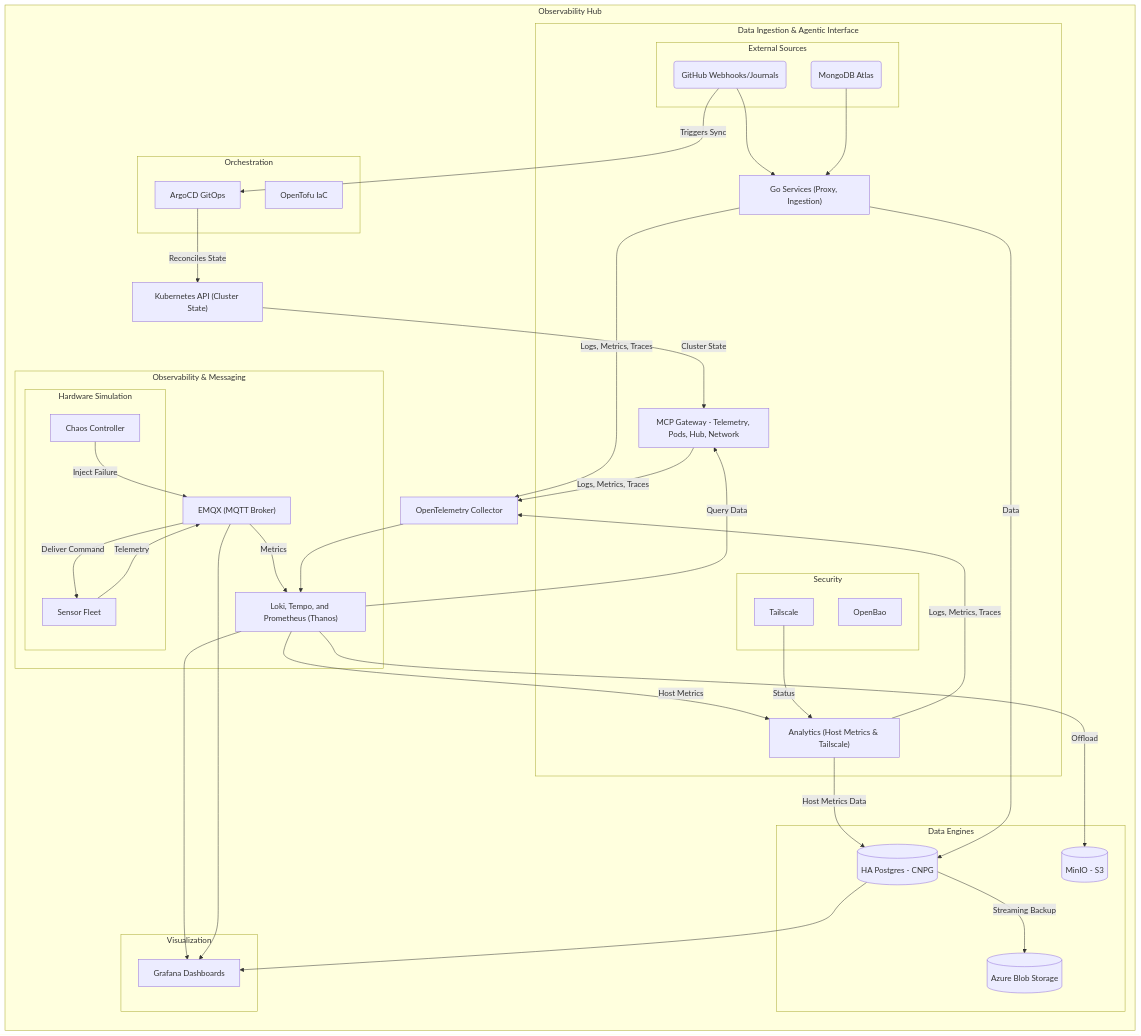
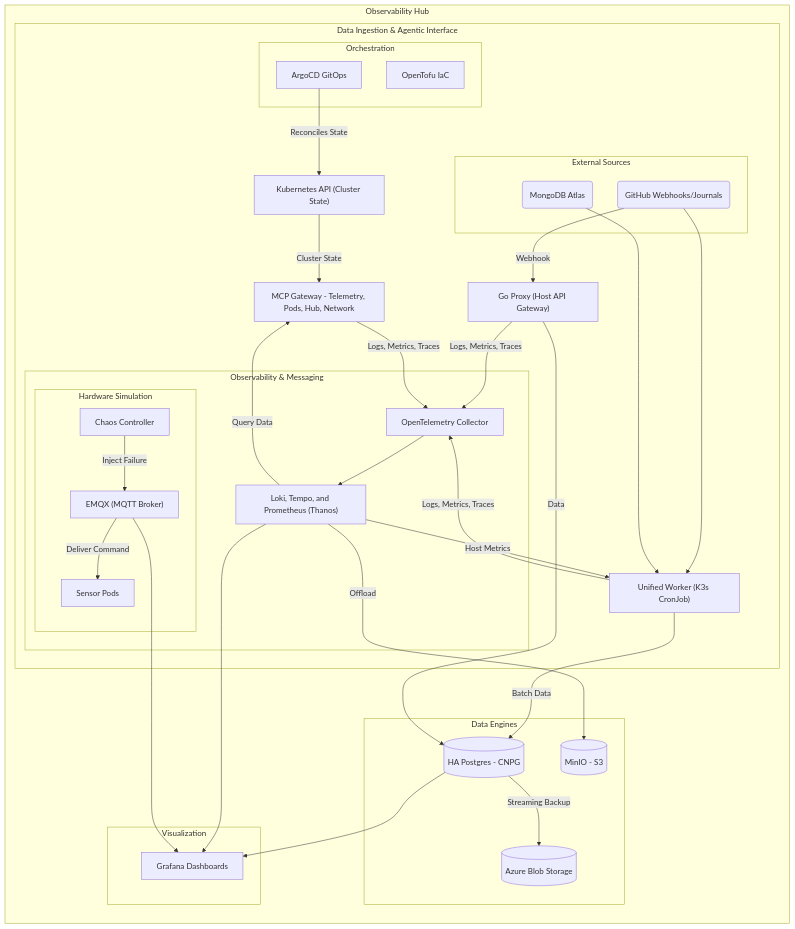
The diagram in README.md (victoriacheng15/observability-hub), drawn with Mermaid before and after one commit. The commit also changed other lines of this file and 17 other files, not shown here.

Commit message:
docs: synchronize platform architecture and guides with unified worker (#429)

```diff
--- a/README.md
+++ b/README.md
@@ -62,34 +62,28 @@
         direction TB
         subgraph Logic ["Data Ingestion & Agentic Interface"]
             subgraph External ["External Sources"]
+                Mongo(MongoDB Atlas)
                 GH(GitHub Webhooks/Journals)
-                Mongo(MongoDB Atlas)
             end
 
-            subgraph Security [Security]
-                Bao[OpenBao]
-                Tailscale[Tailscale]
+            subgraph Control ["Orchestration"]
+                GitOps[ArgoCD GitOps]
+                Tofu[OpenTofu IaC]
             end
 
-            GoApps["Go Services (Proxy, Ingestion)"]
+            Proxy["Go Proxy (Host API Gateway)"]
             MCP["MCP Gateway - Telemetry, Pods, Hub, Network"]
-            Analytics["Analytics (Host Metrics & Tailscale)"]
-        end
+            Worker["Unified Worker (K3s CronJob)"]
+            K3S["Kubernetes API (Cluster State)"]
 
-        subgraph Control ["Orchestration"]
-            GitOps[ArgoCD GitOps]
-            Tofu[OpenTofu IaC]
-        end
-
-        K3S["Kubernetes API (Cluster State)"]
-        OTEL[OpenTelemetry Collector]
-
-        subgraph DataPlatform ["Observability & Messaging"]
-            Observability["Loki, Tempo, and Prometheus (Thanos)"]
-            EMQX["EMQX (MQTT Broker)"]
-            subgraph Simulation ["Hardware Simulation"]
-                Sensors["Sensor Fleet"]
-                Chaos["Chaos Controller"]
+            subgraph DataPlatform ["Observability & Messaging"]
+                OTEL[OpenTelemetry Collector]
+                Observability["Loki, Tempo, and Prometheus (Thanos)"]
+                subgraph Simulation ["Hardware Simulation"]
+                    Sensors["Sensor Pods"]
+                    Chaos["Chaos Controller"]
+                    EMQX["EMQX (MQTT Broker)"]
+                end
             end
         end
 
@@ -106,12 +100,12 @@
     end
 
     %% GitOps Loop
-    GH -- "Triggers Sync" --> GitOps
     GitOps -- "Reconciles State" --> K3S
 
     %% Data Pipeline Connections
-    GH --> GoApps
-    Mongo --> GoApps
+    GH --> Worker
+    GH -- "Webhook" --> Proxy
+    Mongo --> Worker
     
     %% Unified MCP Paths
     Observability -- "Query Data" --> MCP
@@ -120,17 +114,14 @@
     %% Simulation & Chaos
     Chaos -- "Inject Failure" --> EMQX
     EMQX -- "Deliver Command" --> Sensors
-    Sensors -- "Telemetry" --> EMQX
-    EMQX -- "Metrics" --> Observability
 
     %% Telemetry & Storage Connections
-    Observability -- "Host Metrics" --> Analytics
-    Tailscale -- "Status" --> Analytics
-    Analytics -- "Host Metrics Data" --> PG
-    GoApps -- Data --> PG
+    Observability -- "Host Metrics" --> Worker
+    Worker -- "Batch Data" --> PG
+    Proxy -- Data --> PG
 
     %% Telemetry Pipeline (OTLP)
-    GoApps & MCP & Analytics -- "Logs, Metrics, Traces" --> OTEL
+    Proxy & MCP & Worker -- "Logs, Metrics, Traces" --> OTEL
     OTEL --> Observability
     
     %% Resilience & Backup
```
